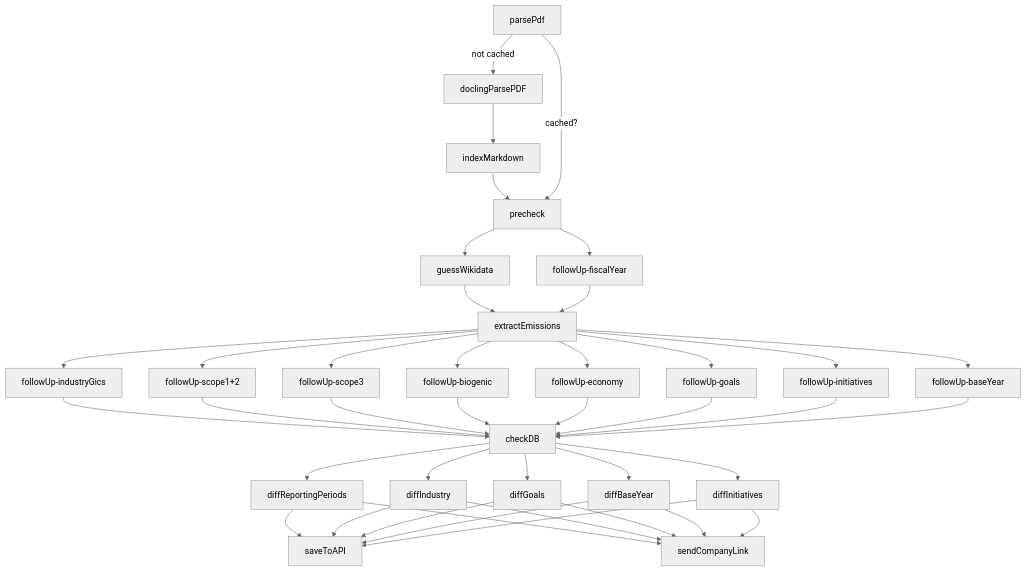
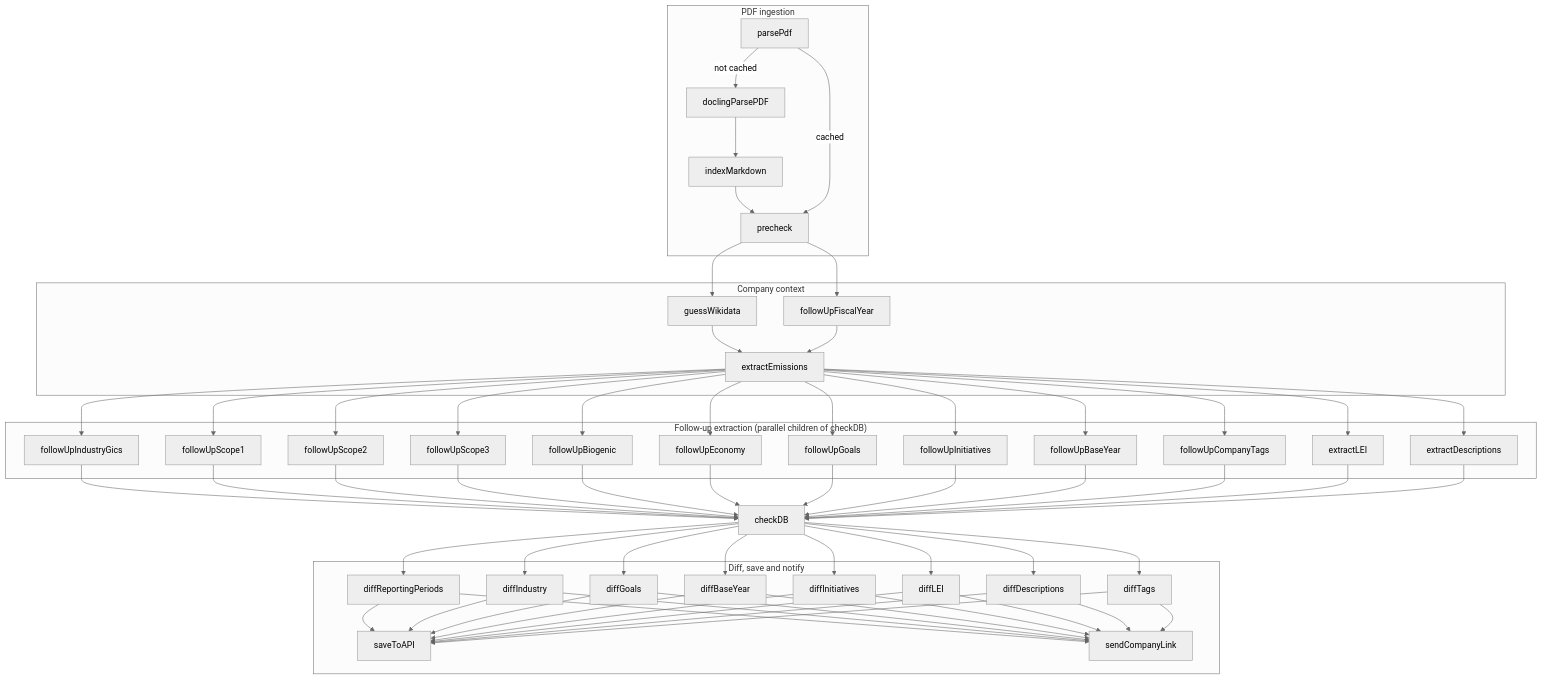
The first of 2 diagrams in doc/pipeline.md (Klimatbyran/garbo), drawn with Mermaid (neutral theme) before and after one commit. The commit also changed other lines of this file and 1 other file, not shown here.

Commit message:
docs: expand pipeline mermaid diagrams to match all queue jobs
Document the full follow-up, diff, saveToAPI, and sendCompanyLink flow and align pipeline.md prose with the current workers.

````diff
--- a/doc/pipeline.md
+++ b/doc/pipeline.md
@@ -94,42 +94,54 @@
 ```mermaid
 flowchart TD
-    A[parsePdf] -->|not cached| B[doclingParsePDF]
-    B --> C[indexMarkdown]
-    C --> D[precheck]
-    A -- cached? --> D
-    D --> F[guessWikidata]
-    D --> G[followUp-fiscalYear]
-    F --> H[extractEmissions]
-    G --> H
-    H --> J[followUp-industryGics]
-    H --> K[followUp-scope1+2]
-    H --> L[followUp-scope3]
-    H --> M[followUp-biogenic]
-    H --> N[followUp-economy]
-    H --> O[followUp-goals]
-    H --> P[followUp-initiatives]
-    H --> Q[followUp-baseYear]
-    J --> R[checkDB]
-    K --> R
-    L --> R
-    M --> R
-    N --> R
-    O --> R
-    P --> R
-    Q --> R
-    R --> T[diffReportingPeriods]
-    R --> U[diffIndustry]
-    R --> V[diffGoals]
-    R --> W[diffBaseYear]
-    R --> X[diffInitiatives]
-    T --> Y[saveToAPI]
-    U --> Y
-    V --> Y
-    W --> Y
-    X --> Y
-    T --> AD[sendCompanyLink]
-    U --> AD
-    V --> AD
-    W --> AD
-    X --> AD
+    subgraph ingest["PDF ingestion"]
+        A[parsePdf] -->|not cached| B[doclingParsePDF]
+        B --> C[indexMarkdown]
+        C --> D[precheck]
+        A -->|cached| D
+    end
+
+    subgraph context["Company context"]
+        F[guessWikidata]
+        G[followUpFiscalYear]
+        H[extractEmissions]
+        D --> F
+        D --> G
+        F --> H
+        G --> H
+    end
+
+    subgraph followups["Follow-up extraction (parallel children of checkDB)"]
+        J[followUpIndustryGics]
+        K1[followUpScope1]
+        K2[followUpScope2]
+        L[followUpScope3]
+        M[followUpBiogenic]
+        N[followUpEconomy]
+        O[followUpGoals]
+        P[followUpInitiatives]
+        Q[followUpBaseYear]
+        CT[followUpCompanyTags]
+        LEI[extractLEI]
+        DESC[extractDescriptions]
+    end
+
+    H --> J & K1 & K2 & L & M & N & O & P & Q & CT & LEI & DESC
+    J & K1 & K2 & L & M & N & O & P & Q & CT & LEI & DESC --> R[checkDB]
+
+    subgraph persist["Diff, save and notify"]
+        DR[diffReportingPeriods]
+        DI[diffIndustry]
+        DG[diffGoals]
+        DBY[diffBaseYear]
+        DIN[diffInitiatives]
+        DLEI[diffLEI]
+        DD[diffDescriptions]
+        DT[diffTags]
+        Y[saveToAPI]
+        SC[sendCompanyLink]
+    end
+
+    R --> DR & DI & DG & DBY & DIN & DLEI & DD & DT
+    DR & DI & DG & DBY & DIN & DLEI & DD & DT --> Y
+    DR & DI & DG & DBY & DIN & DLEI & DD & DT --> SC
 ```
````
